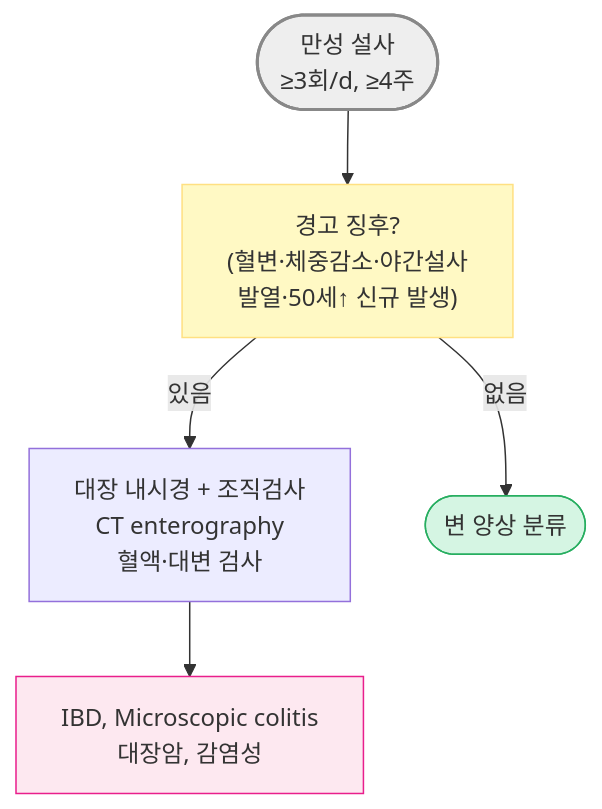
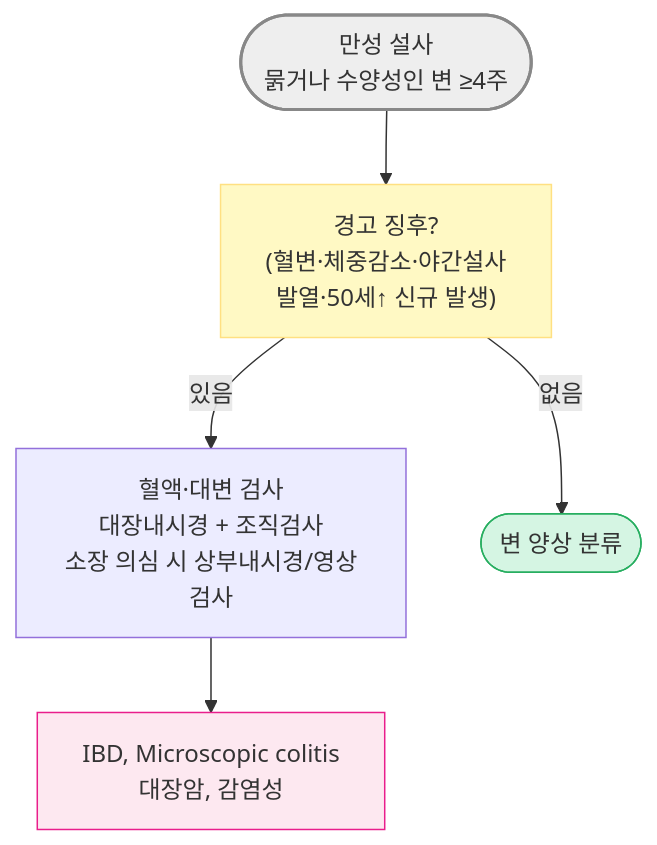
One commit to familyoh77/familyoh77 changed the first of 2 diagrams in 224_/084_-chronic-diarrhea.md. Above: the diagram before and after it, drawn with Mermaid. The commit also changed other lines of this file, not shown here.

````diff
--- a/224_/084_-chronic-diarrhea.md
+++ b/224_/084_-chronic-diarrhea.md
@@ -181,14 +186,14 @@
 ```mermaid
 graph TD
-    Start(["만성 설사<br/>≥3회/d, ≥4주"])
+    Start(["만성 설사<br/>묽거나 수양성인 변 ≥4주"])
     Start --> RF["경고 징후?<br/>(혈변·체중감소·야간설사<br/>발열·50세↑ 신규 발생)"]
-    RF -- "있음" --> Scope["대장 내시경 + 조직검사<br/>CT enterography<br/>혈액·대변 검사"]
+    RF -- "있음" --> Scope["혈액·대변 검사<br/>대장내시경 + 조직검사<br/>소장 의심 시 상부내시경/영상검사"]
     RF -- "없음" --> Phenotype(["변 양상 분류"])
     Scope --> OrgDx["IBD, Microscopic colitis<br/>대장암, 감염성"]
 
 style Start fill:#eeeeee,stroke:#888888,stroke-width:2px
 style RF fill:#fff9c4,stroke:#ffe082
 style OrgDx fill:#fde8f0,stroke:#e91e8c
 style Phenotype fill:#d5f5e3,stroke:#27ae60
 
 ```
````
